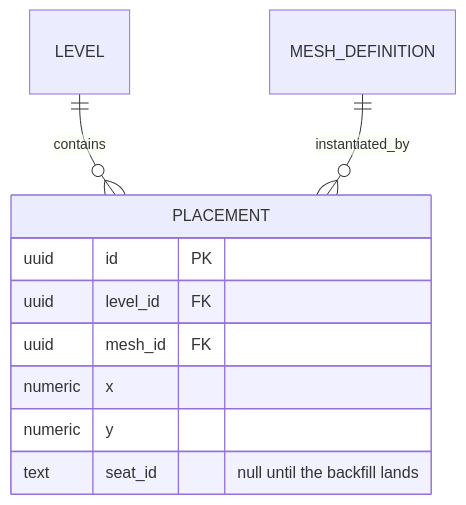
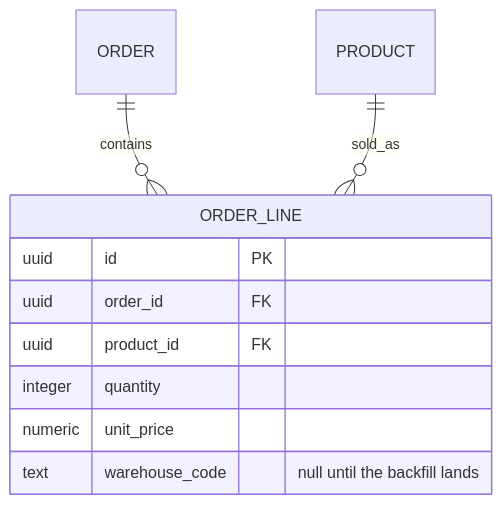
One commit to jonasferagen/agent-skills changed the first of 7 diagrams in skills/authoring/diagrams-and-tables/references/er/examples.md. Above: the diagram before and after it, drawn with Mermaid. The commit also changed other lines of this file and 95 other files, not shown here.

````diff
--- a/skills/authoring/diagrams-and-tables/references/er/examples.md
+++ b/skills/authoring/diagrams-and-tables/references/er/examples.md
@@ -15,13 +15,13 @@
 ```mermaid
 erDiagram
-  LEVEL ||--o{ PLACEMENT : contains
-  MESH_DEFINITION ||--o{ PLACEMENT : instantiated_by
-  PLACEMENT {
+  ORDER ||--o{ ORDER_LINE : contains
+  PRODUCT ||--o{ ORDER_LINE : sold_as
+  ORDER_LINE {
     uuid id PK
-    uuid level_id FK
-    uuid mesh_id FK
-    numeric x
-    numeric y
-    text seat_id "null until the backfill lands"
+    uuid order_id FK
+    uuid product_id FK
+    integer quantity
+    numeric unit_price
+    text warehouse_code "null until the backfill lands"
   }
 ```
````
